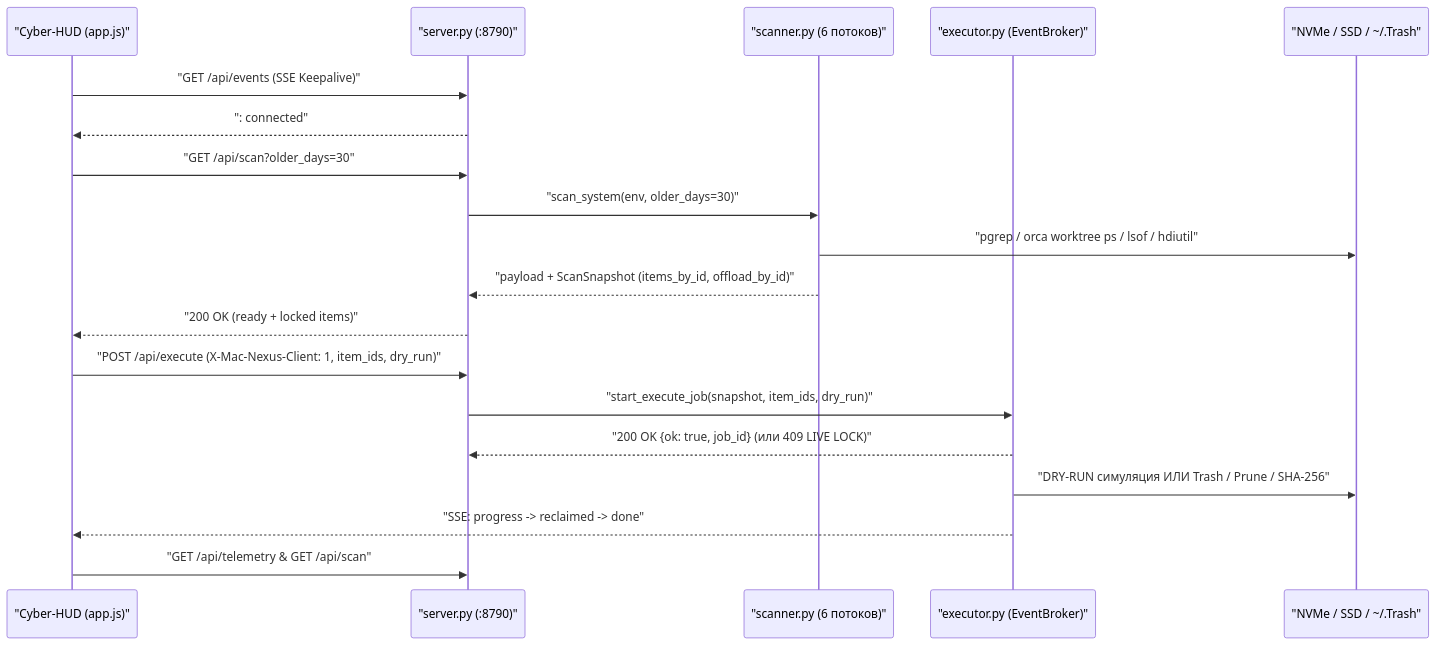
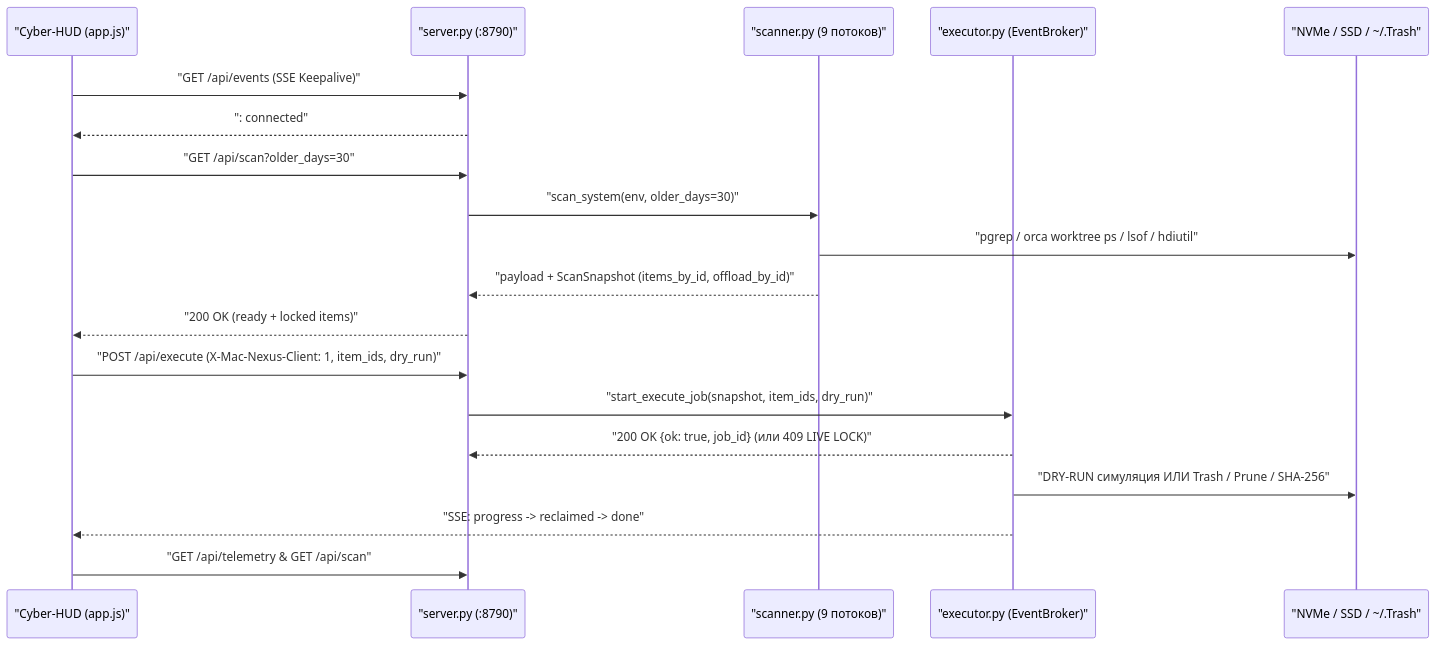
Before and after one commit to 1esan/mac-nexus: the second of 2 diagrams in docs/00_master_index_and_system_map.md, drawn with Mermaid. The commit also changed other lines of this file and 12 other files, not shown here.

Commit message:
docs: align all v2.0.0 API schemas, test names, and source line anchors

````diff
--- a/docs/00_master_index_and_system_map.md
+++ b/docs/00_master_index_and_system_map.md
@@ -76,22 +76,22 @@
 ```mermaid
 sequenceDiagram
     participant UI as "Cyber-HUD (app.js)"
     participant API as "server.py (:8790)"
-    participant SCN as "scanner.py (6 потоков)"
+    participant SCN as "scanner.py (9 потоков)"
     participant EXC as "executor.py (EventBroker)"
     participant FS as "NVMe / SSD / ~/.Trash"
 
     UI->>API: "GET /api/events (SSE Keepalive)"
     API-->>UI: ": connected"
     UI->>API: "GET /api/scan?older_days=30"
     API->>SCN: "scan_system(env, older_days=30)"
     SCN->>FS: "pgrep / orca worktree ps / lsof / hdiutil"
     SCN-->>API: "payload + ScanSnapshot (items_by_id, offload_by_id)"
     API-->>UI: "200 OK (ready + locked items)"
     UI->>API: "POST /api/execute (X-Mac-Nexus-Client: 1, item_ids, dry_run)"
     API->>EXC: "start_execute_job(snapshot, item_ids, dry_run)"
     EXC-->>API: "200 OK {ok: true, job_id} (или 409 LIVE LOCK)"
     EXC->>FS: "DRY-RUN симуляция ИЛИ Trash / Prune / SHA-256"
     EXC-->>UI: "SSE: progress -> reclaimed -> done"
     UI->>API: "GET /api/telemetry & GET /api/scan"
 ```
````
